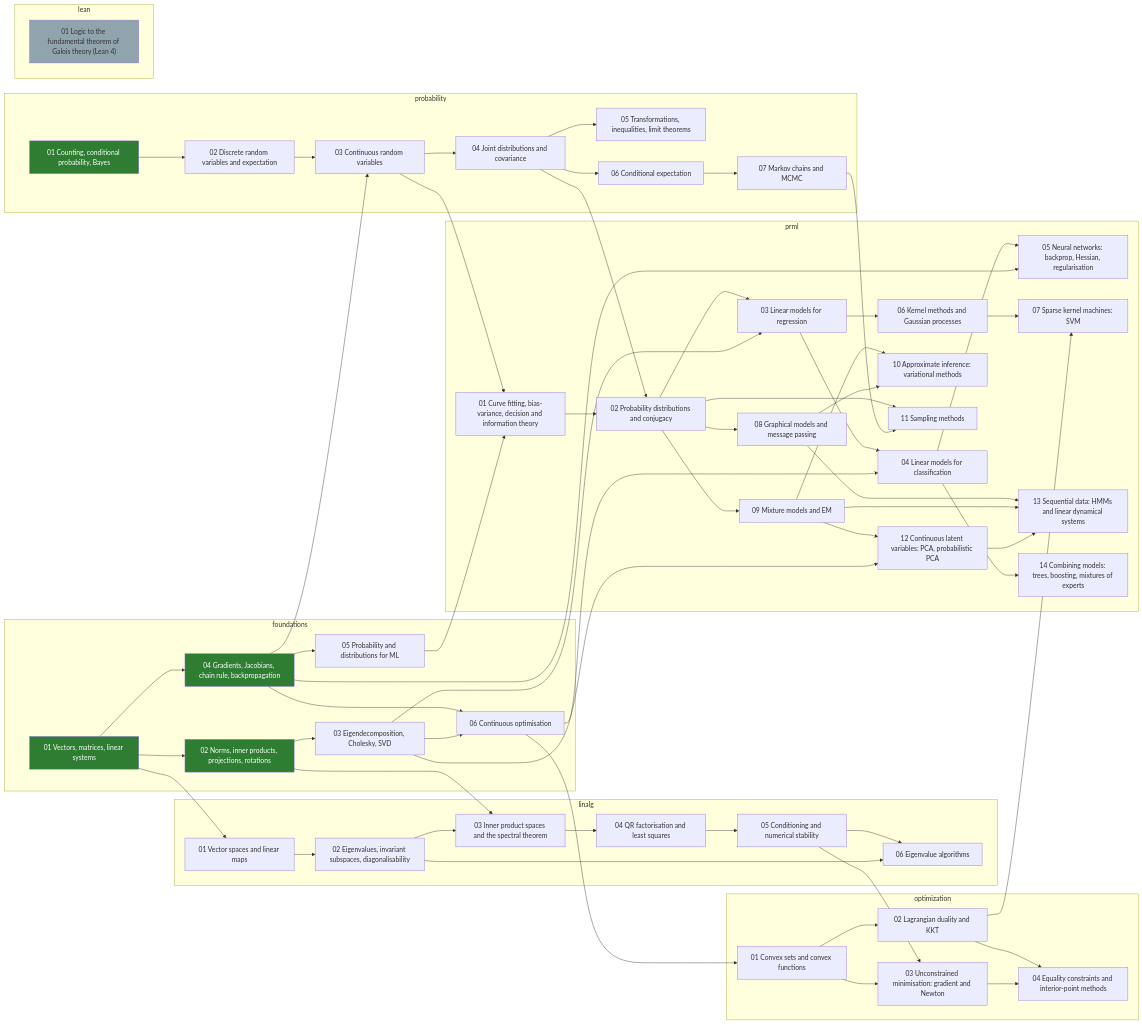
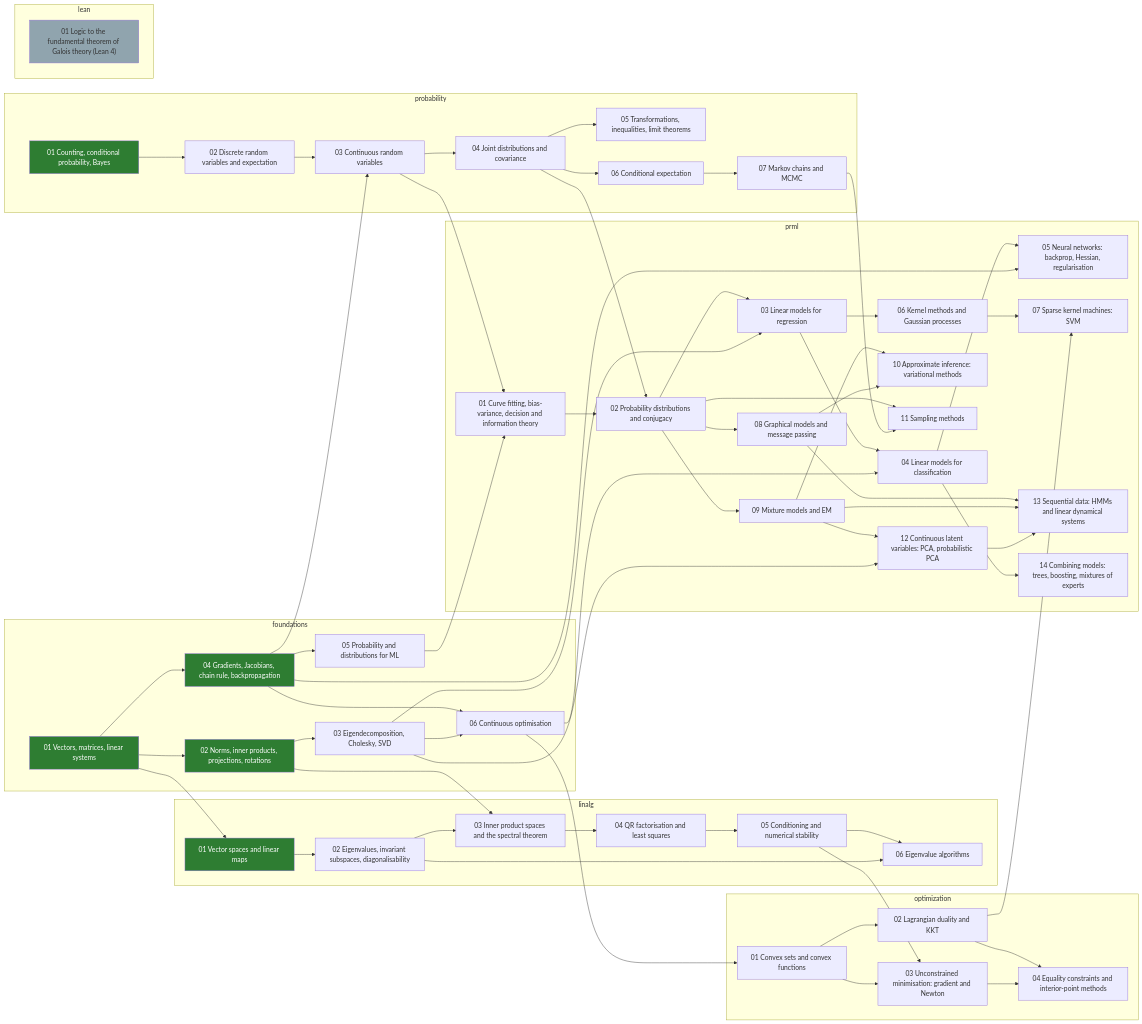
One commit to alektebel/learn-stuff-from-scratch changed the diagram in skill-tree/README.md. Above: the diagram before and after it, drawn with Mermaid. The commit also changed other lines of this file and 8 other files, not shown here.

First line of the commit message:
math: build linalg-01-vector-spaces

```diff
--- a/skill-tree/README.md
+++ b/skill-tree/README.md
@@ -73,7 +73,7 @@
     foundations-06-optimization["06 Continuous optimisation"]
   end
   subgraph linalg
-    linalg-01-vector-spaces["01 Vector spaces and linear maps"]
+    linalg-01-vector-spaces["01 Vector spaces and linear maps"]:::done
     linalg-02-eigenvalues["02 Eigenvalues, invariant subspaces, diagonalisability"]
     linalg-03-spectral-theorem["03 Inner product spaces and the spectral theorem"]
     linalg-04-qr-least-squares["04 QR factorisation and least squares"]
```
